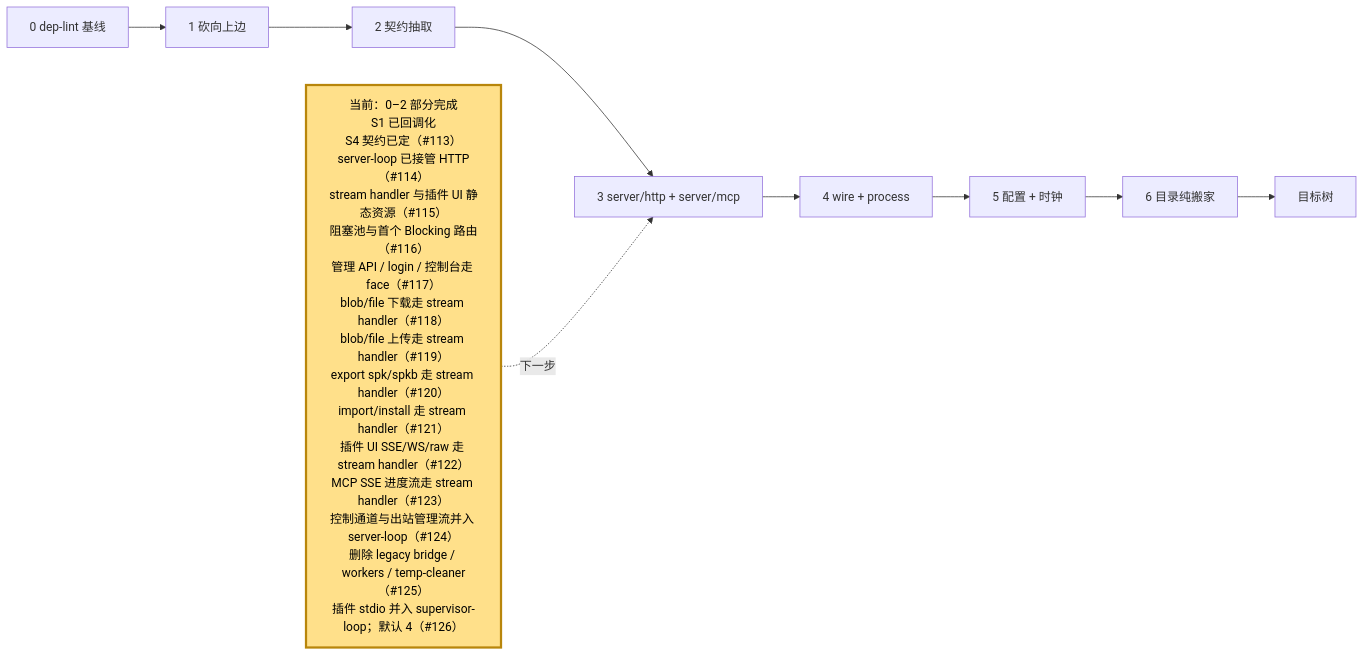
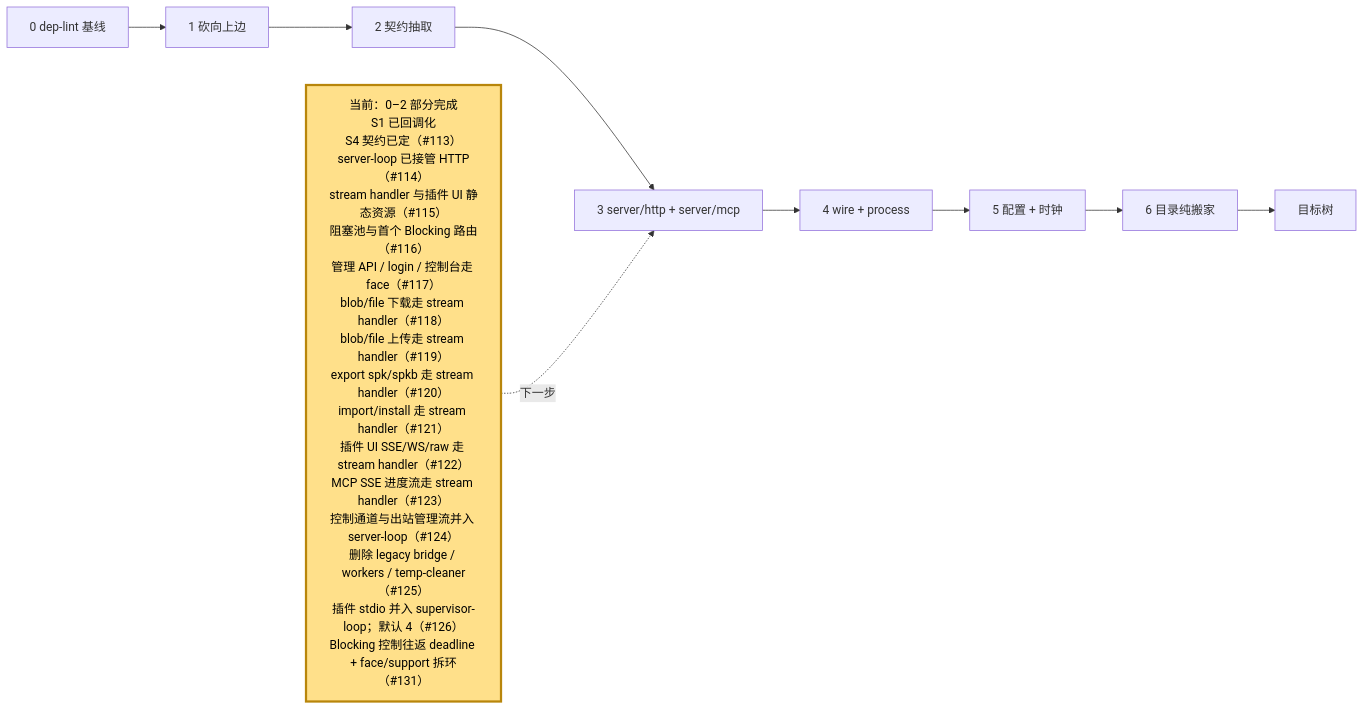
The fifth of 5 diagrams in docs/architecture.md (webxxxxx/plugin-manager), drawn with Mermaid before and after one commit. The commit also changed other lines of this file and 20 other files, not shown here.

First line of the commit message:
feat(s4): 控制往返 deadline + face/support 拆环 (#131)

````diff
--- a/docs/architecture.md
+++ b/docs/architecture.md
@@ -379,15 +379,15 @@
 ```mermaid
 flowchart LR
     S0["0 dep-lint 基线"] --> S1["1 砍向上边"]
     S1 --> S2["2 契约抽取"]
     S2 --> S3["3 server/http + server/mcp"]
     S3 --> S4["4 wire + process"]
     S4 --> S5["5 配置 + 时钟"]
     S5 --> S6["6 目录纯搬家"]
     S6 --> DONE["目标树"]
 
-    NOW["当前：0–2 部分完成<br/>S1 已回调化<br/>S4 契约已定（#113）<br/>server-loop 已接管 HTTP（#114）<br/>stream handler 与插件 UI 静态资源（#115）<br/>阻塞池与首个 Blocking 路由（#116）<br/>管理 API / login / 控制台走 face（#117）<br/>blob/file 下载走 stream handler（#118）<br/>blob/file 上传走 stream handler（#119）<br/>export spk/spkb 走 stream handler（#120）<br/>import/install 走 stream handler（#121）<br/>插件 UI SSE/WS/raw 走 stream handler（#122）<br/>MCP SSE 进度流走 stream handler（#123）<br/>控制通道与出站管理流并入 server-loop（#124）<br/>删除 legacy bridge / workers / temp-cleaner（#125）<br/>插件 stdio 并入 supervisor-loop；默认 4（#126）"]:::current
+    NOW["当前：0–2 部分完成<br/>S1 已回调化<br/>S4 契约已定（#113）<br/>server-loop 已接管 HTTP（#114）<br/>stream handler 与插件 UI 静态资源（#115）<br/>阻塞池与首个 Blocking 路由（#116）<br/>管理 API / login / 控制台走 face（#117）<br/>blob/file 下载走 stream handler（#118）<br/>blob/file 上传走 stream handler（#119）<br/>export spk/spkb 走 stream handler（#120）<br/>import/install 走 stream handler（#121）<br/>插件 UI SSE/WS/raw 走 stream handler（#122）<br/>MCP SSE 进度流走 stream handler（#123）<br/>控制通道与出站管理流并入 server-loop（#124）<br/>删除 legacy bridge / workers / temp-cleaner（#125）<br/>插件 stdio 并入 supervisor-loop；默认 4（#126）<br/>Blocking 控制往返 deadline + face/support 拆环（#131）"]:::current
     NOW -.->|下一步| S3
 
     classDef current fill:#ffe08a,stroke:#b8860b,stroke-width:3px,color:#000
 ```
````
